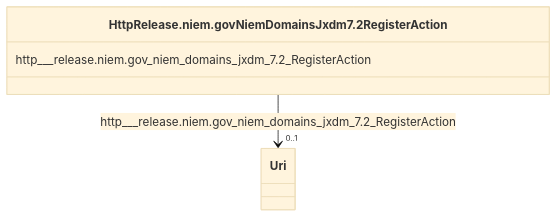
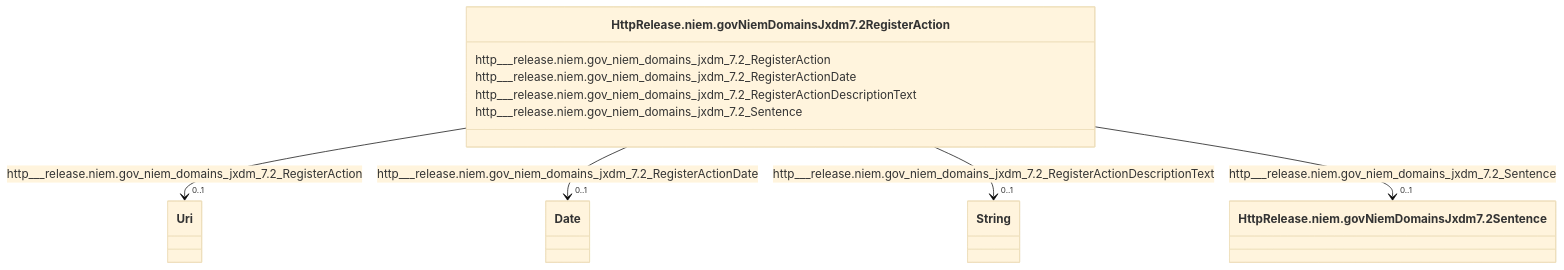
One commit to frink-okn/graph-descriptions changed the diagram in scales-kg/classes/HttpRelease.niem.govNiemDomainsJxdm7.2RegisterAction.md. Above: the diagram before and after it, drawn with Mermaid (base theme). The commit also changed other lines of this file and 275 other files, not shown here.

````diff
--- a/scales-kg/classes/HttpRelease.niem.govNiemDomainsJxdm7.2RegisterAction.md
+++ b/scales-kg/classes/HttpRelease.niem.govNiemDomainsJxdm7.2RegisterAction.md
@@ -23,15 +23,42 @@
 ```mermaid
  classDiagram
     class HttpRelease.niem.govNiemDomainsJxdm7.2RegisterAction
     click HttpRelease.niem.govNiemDomainsJxdm7.2RegisterAction href "../HttpRelease.niem.govNiemDomainsJxdm7.2RegisterAction"
       HttpRelease.niem.govNiemDomainsJxdm7.2RegisterAction : http___release.niem.gov_niem_domains_jxdm_7.2_RegisterAction
         
           
     
     
     HttpRelease.niem.govNiemDomainsJxdm7.2RegisterAction --> "0..1" Uri : http___release.niem.gov_niem_domains_jxdm_7.2_RegisterAction
     click Uri href "../Uri"
 
         
+      HttpRelease.niem.govNiemDomainsJxdm7.2RegisterAction : http___release.niem.gov_niem_domains_jxdm_7.2_RegisterActionDate
+        
+          
+    
+    
+    HttpRelease.niem.govNiemDomainsJxdm7.2RegisterAction --> "0..1" Date : http___release.niem.gov_niem_domains_jxdm_7.2_RegisterActionDate
+    click Date href "../Date"
+
+        
+      HttpRelease.niem.govNiemDomainsJxdm7.2RegisterAction : http___release.niem.gov_niem_domains_jxdm_7.2_RegisterActionDescriptionText
+        
+          
+    
+    
+    HttpRelease.niem.govNiemDomainsJxdm7.2RegisterAction --> "0..1" String : http___release.niem.gov_niem_domains_jxdm_7.2_RegisterActionDescriptionText
+    click String href "../String"
+
+        
+      HttpRelease.niem.govNiemDomainsJxdm7.2RegisterAction : http___release.niem.gov_niem_domains_jxdm_7.2_Sentence
+        
+          
+    
+    
+    HttpRelease.niem.govNiemDomainsJxdm7.2RegisterAction --> "0..1" HttpRelease.niem.govNiemDomainsJxdm7.2Sentence : http___release.niem.gov_niem_domains_jxdm_7.2_Sentence
+    click HttpRelease.niem.govNiemDomainsJxdm7.2Sentence href "../HttpRelease.niem.govNiemDomainsJxdm7.2Sentence"
+
+        
       
 ```
````
